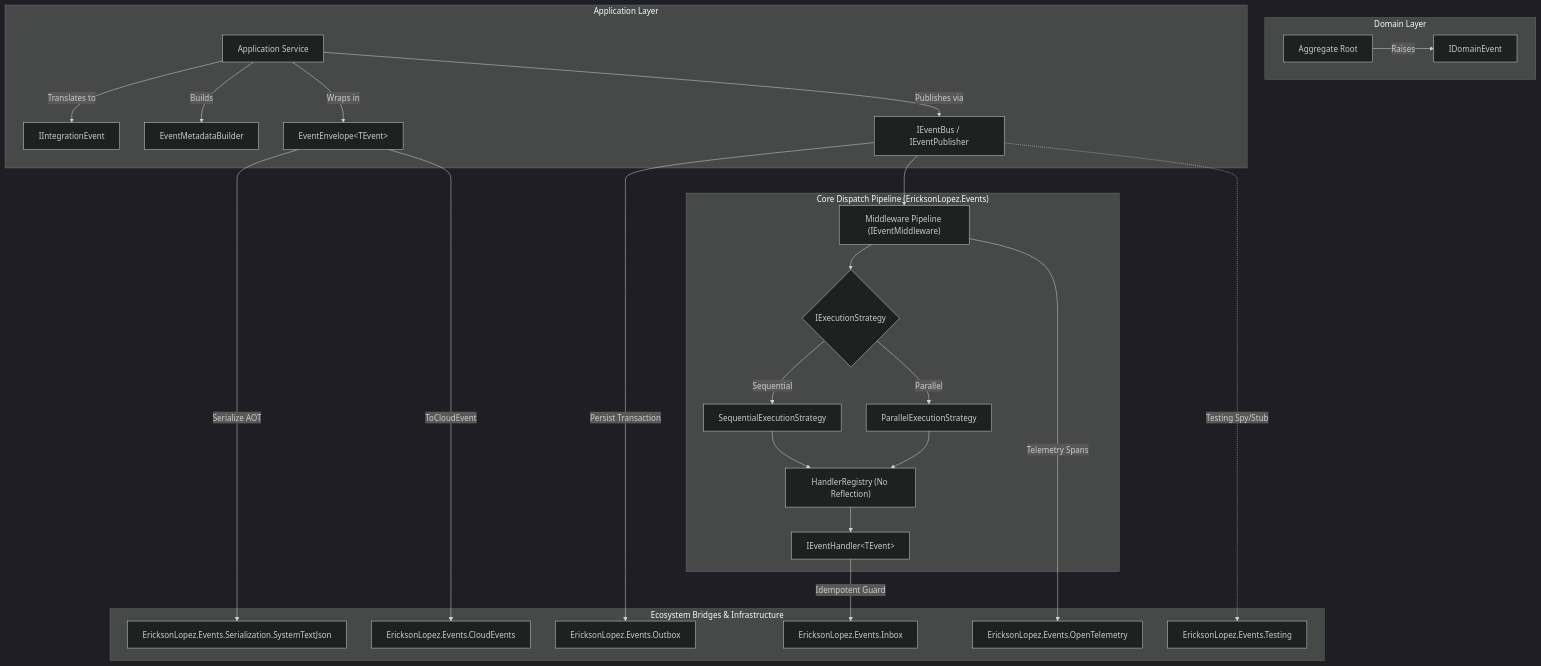
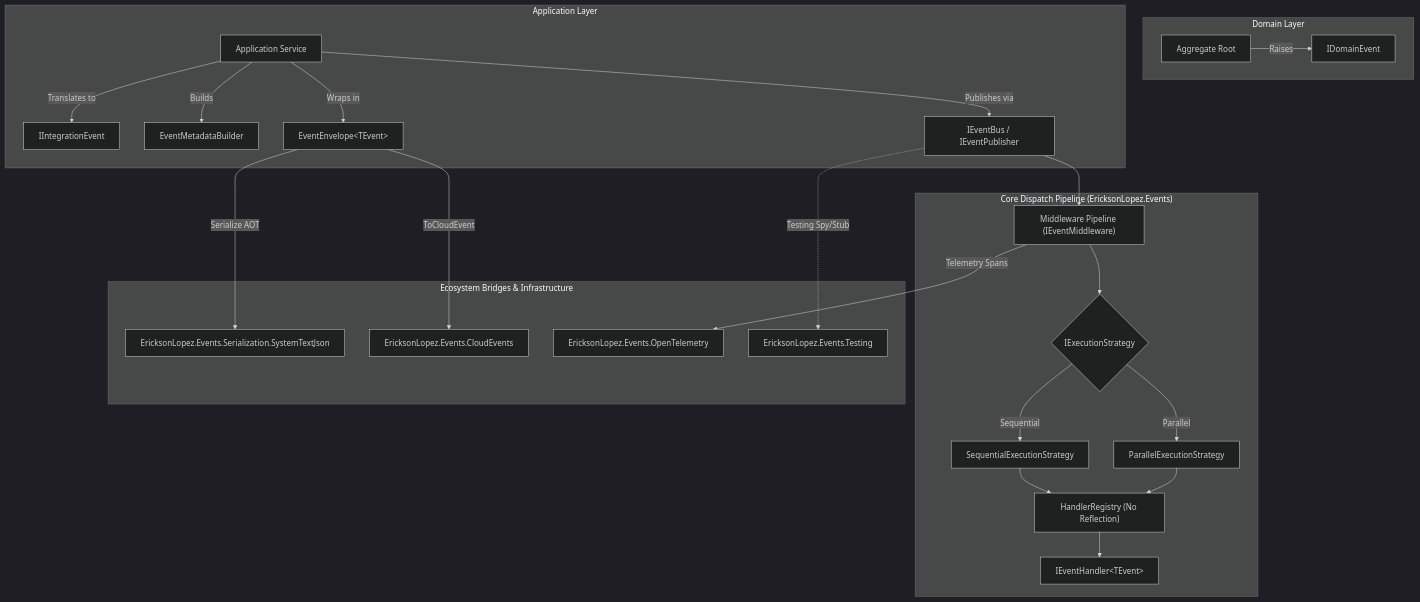
The first of 3 diagrams in docs/architecture.md (ericksonlopezf/dotnet-events), drawn with Mermaid (dark theme) before and after one commit. The commit also changed other lines of this file and 342 other files, not shown here.

````diff
--- a/docs/architecture.md
+++ b/docs/architecture.md
@@ -20,32 +20,30 @@
 ```mermaid
 graph TD
     subgraph "Domain Layer"
         Agg["Aggregate Root"] -->|Raises| DE["IDomainEvent"]
     end
 
     subgraph "Application Layer"
         AppSvc["Application Service"] -->|Translates to| IE["IIntegrationEvent"]
         AppSvc -->|Builds| Meta["EventMetadataBuilder"]
         AppSvc -->|Wraps in| Env["EventEnvelope&lt;TEvent&gt;"]
         AppSvc -->|Publishes via| Bus["IEventBus / IEventPublisher"]
     end
 
     subgraph "Core Dispatch Pipeline (EricksonLopez.Events)"
         Bus --> MW["Middleware Pipeline (IEventMiddleware)"]
         MW --> Strat{"IExecutionStrategy"}
         Strat -->|Sequential| Seq["SequentialExecutionStrategy"]
         Strat -->|Parallel| Par["ParallelExecutionStrategy"]
         Seq --> Reg["HandlerRegistry (No Reflection)"]
         Par --> Reg
         Reg --> Handlers["IEventHandler&lt;TEvent&gt;"]
     end
 
     subgraph "Ecosystem Bridges & Infrastructure"
         Env -->|Serialize AOT| STJ["EricksonLopez.Events.Serialization.SystemTextJson"]
         Env -->|ToCloudEvent| CE["EricksonLopez.Events.CloudEvents"]
-        Bus -->|Persist Transaction| Outbox["EricksonLopez.Events.Outbox"]
-        Handlers -->|Idempotent Guard| Inbox["EricksonLopez.Events.Inbox"]
         MW -->|Telemetry Spans| OTEL["EricksonLopez.Events.OpenTelemetry"]
         Bus -..->|Testing Spy/Stub| Test["EricksonLopez.Events.Testing"]
     end
 ```
````
